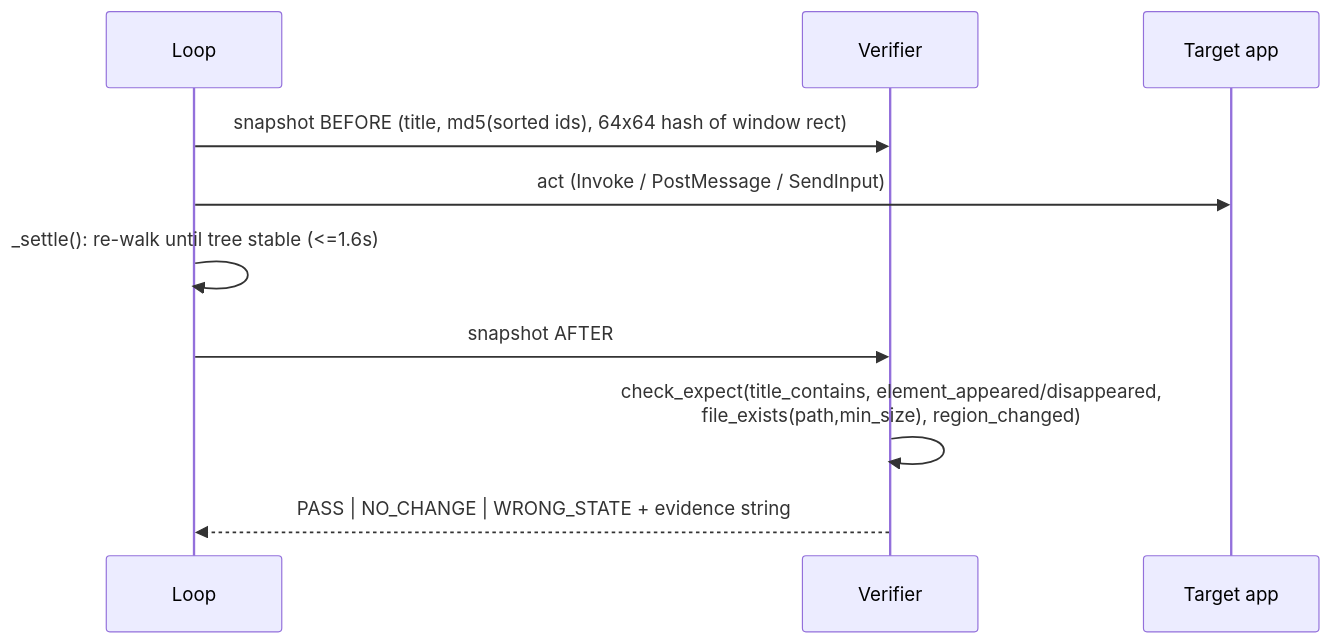
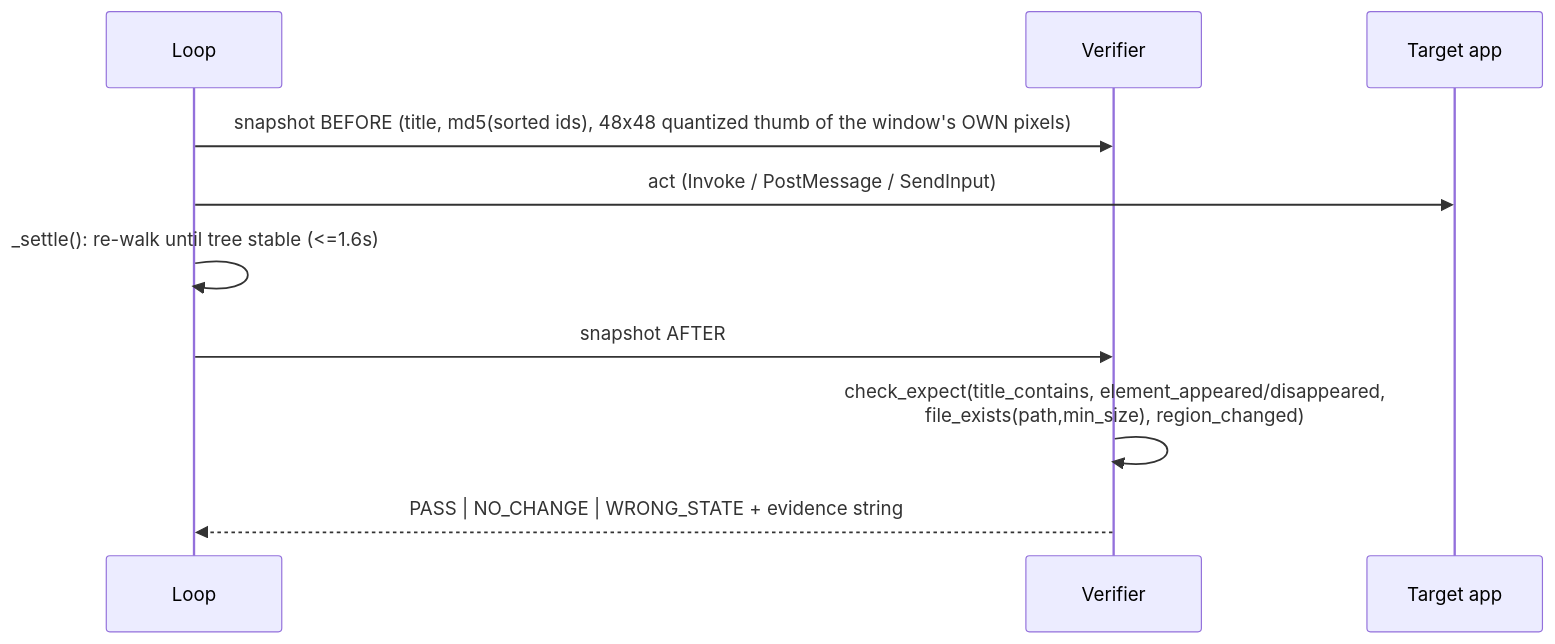
One commit to Dhruv-patel0506/Hojaiga.com changed the third of 7 diagrams in PERCEPTION_AND_AUTONOMY_VISION.md. Above: the diagram before and after it, drawn with Mermaid. The commit also changed other lines of this file and 22 other files, not shown here.

````diff
--- a/PERCEPTION_AND_AUTONOMY_VISION.md
+++ b/PERCEPTION_AND_AUTONOMY_VISION.md
@@ -100,12 +100,12 @@
 ```mermaid
 sequenceDiagram
     participant L as Loop
     participant V as Verifier
     participant App as Target app
-    L->>V: snapshot BEFORE (title, md5(sorted ids), 64x64 hash of window rect)
+    L->>V: snapshot BEFORE (title, md5(sorted ids), 48x48 quantized thumb of the window's OWN pixels)
     L->>App: act (Invoke / PostMessage / SendInput)
     L->>L: _settle(): re-walk until tree stable (<=1.6s)
     L->>V: snapshot AFTER
     V->>V: check_expect(title_contains, element_appeared/disappeared,<br/>file_exists(path,min_size), region_changed)
     V-->>L: PASS | NO_CHANGE | WRONG_STATE + evidence string
 ```
````
